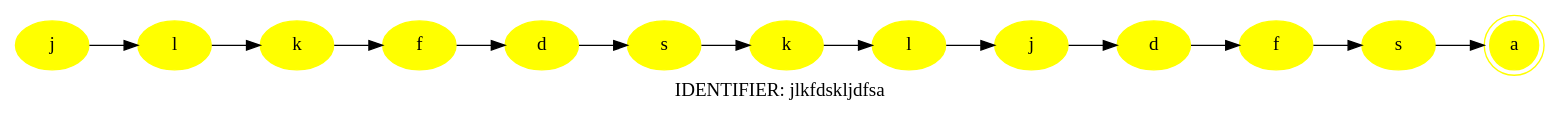
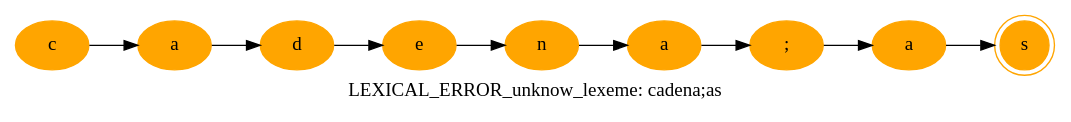
One commit to Jbrod5/lenguajes changed the diagram in parser-py/Plots/4_toPlot.dot. Above: the diagram before and after it, drawn with Graphviz. The commit also changed 48 other files, not shown here.

```diff
--- a/parser-py/Plots/4_toPlot.dot
+++ b/parser-py/Plots/4_toPlot.dot
@@ -1,29 +1,21 @@
 digraph Plot{
    rankdir = LR;
-   label = "IDENTIFIER: jlkfdskljdfsa";
-    n0[style = filled, color = yellow, label = "j"];
-    n1[style = filled, color = yellow, label = "l"];
-    n2[style = filled, color = yellow, label = "k"];
-    n3[style = filled, color = yellow, label = "f"];
-    n4[style = filled, color = yellow, label = "d"];
-    n5[style = filled, color = yellow, label = "s"];
-    n6[style = filled, color = yellow, label = "k"];
-    n7[style = filled, color = yellow, label = "l"];
-    n8[style = filled, color = yellow, label = "j"];
-    n9[style = filled, color = yellow, label = "d"];
-    n10[style = filled, color = yellow, label = "f"];
-    n11[style = filled, color = yellow, label = "s"];
-    n12[style = filled, color = yellow, label = "a" ,shape = doublecircle];
+   label = "LEXICAL_ERROR_unknow_lexeme: cadena;as";
+    n0[style = filled, color = orange, label = "c"];
+    n1[style = filled, color = orange, label = "a"];
+    n2[style = filled, color = orange, label = "d"];
+    n3[style = filled, color = orange, label = "e"];
+    n4[style = filled, color = orange, label = "n"];
+    n5[style = filled, color = orange, label = "a"];
+    n6[style = filled, color = orange, label = ";"];
+    n7[style = filled, color = orange, label = "a"];
+    n8[style = filled, color = orange, label = "s" ,shape = doublecircle];
     n0 -> n1;
     n1 -> n2;
     n2 -> n3;
     n3 -> n4;
     n4 -> n5;
     n5 -> n6;
     n6 -> n7;
     n7 -> n8;
-    n8 -> n9;
-    n9 -> n10;
-    n10 -> n11;
-    n11 -> n12;
 }
```
